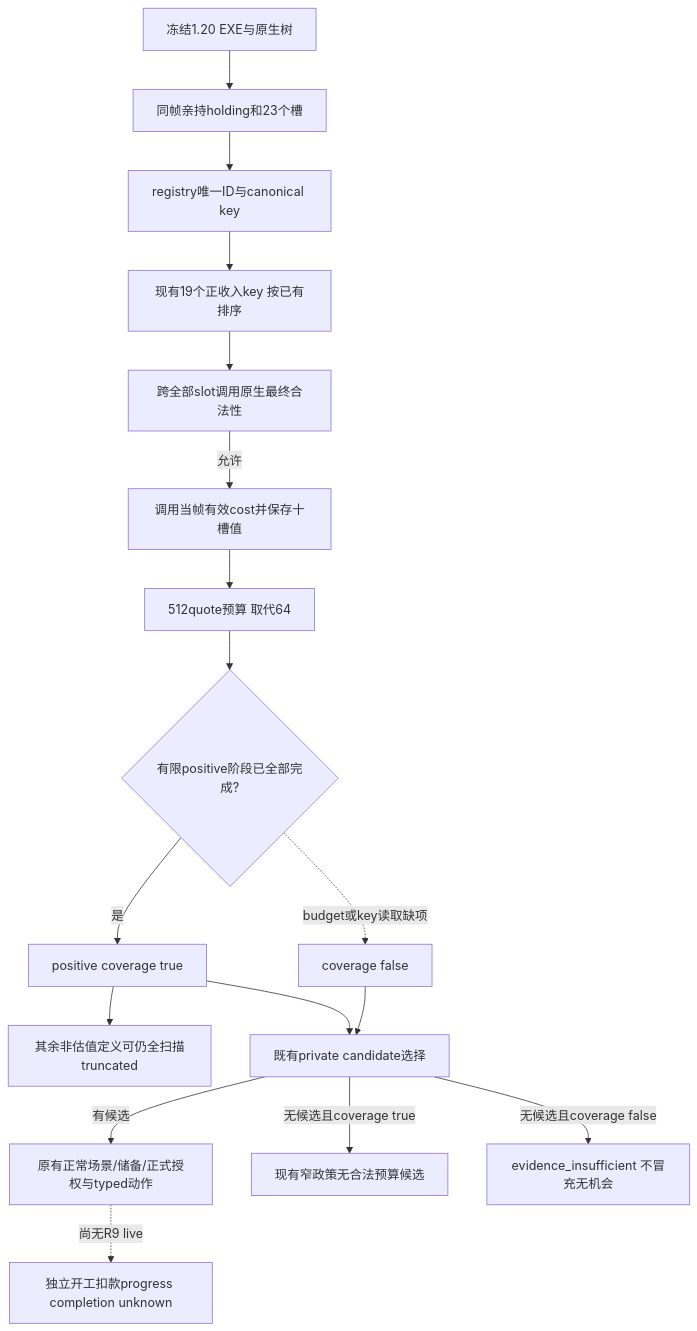
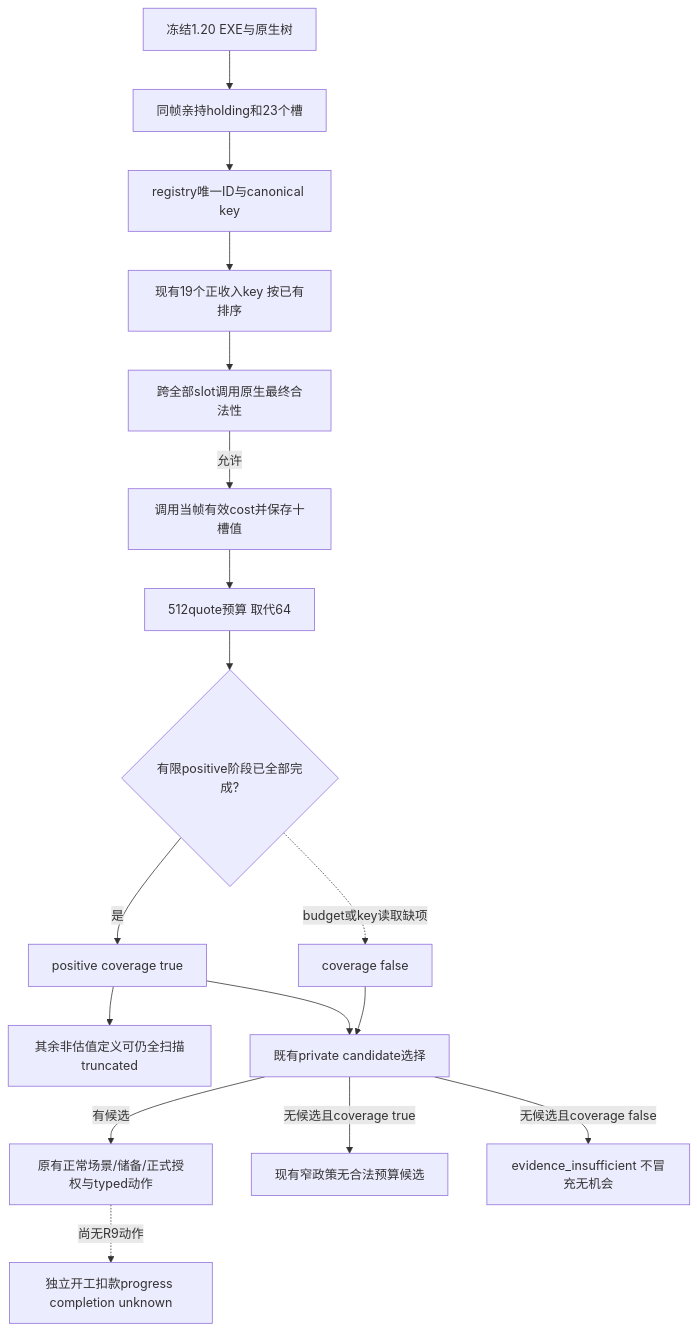
Before and after one commit to XenoAmess/ck3_eternal_recurrence: the diagram in docs/ck3-native-ai/ck3-1.20.0.2-construction-quote-coverage.md, drawn with Mermaid. The commit also changed other lines of this file and 9 other files, not shown here.

````diff
--- a/docs/ck3-native-ai/ck3-1.20.0.2-construction-quote-coverage.md
+++ b/docs/ck3-native-ai/ck3-1.20.0.2-construction-quote-coverage.md
@@ -19,19 +19,19 @@
 ```mermaid
 flowchart TD
     V[冻结1.20 EXE与原生树] --> H[同帧亲持holding和23个槽]
     H --> K[registry唯一ID与canonical key]
     K --> P[现有19个正收入key 按已有排序]
     P --> L[跨全部slot调用原生最终合法性]
     L -->|允许| C[调用当帧有效cost并保存十槽值]
     C --> B[512quote预算 取代64]
     B --> F{有限positive阶段已全部完成?}
     F -->|是| Q[positive coverage true]
     F -. budget或key读取缺项 .-> U[coverage false]
     Q --> R[其余非估值定义可仍全扫描truncated]
     Q --> S[既有private candidate选择]
     U --> S
     S -->|有候选| A[原有正常场景/储备/正式授权与typed动作]
     S -->|无候选且coverage true| N[现有窄政策无合法预算候选]
     S -->|无候选且coverage false| E[evidence_insufficient 不冒充无机会]
-    A -. 尚无R9 live .-> O[独立开工扣款progress completion unknown]
+    A -. 尚无R9动作 .-> O[独立开工扣款progress completion unknown]
 ```
````
